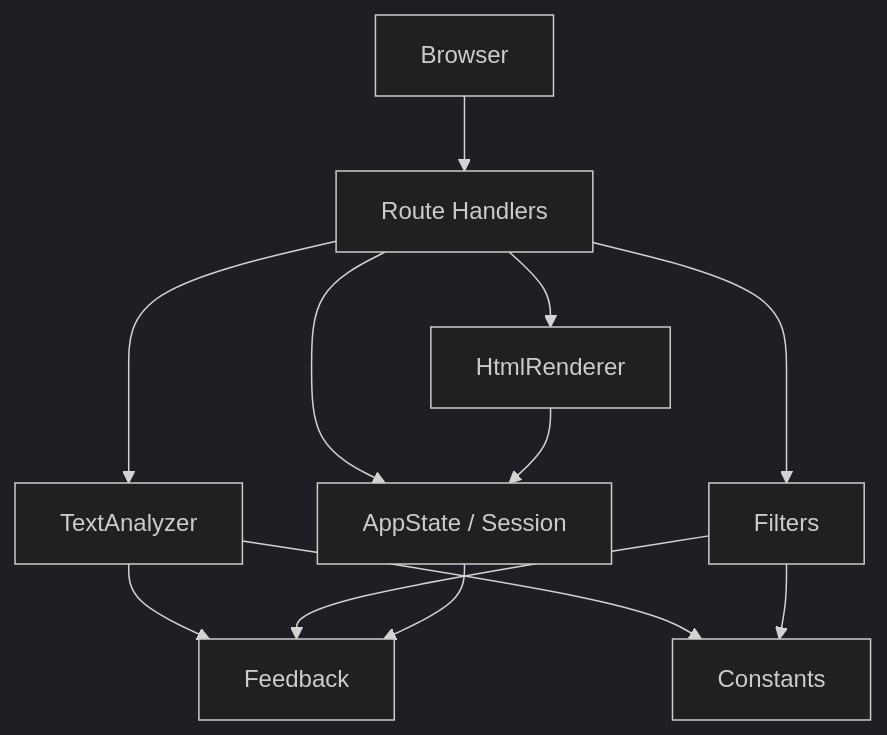
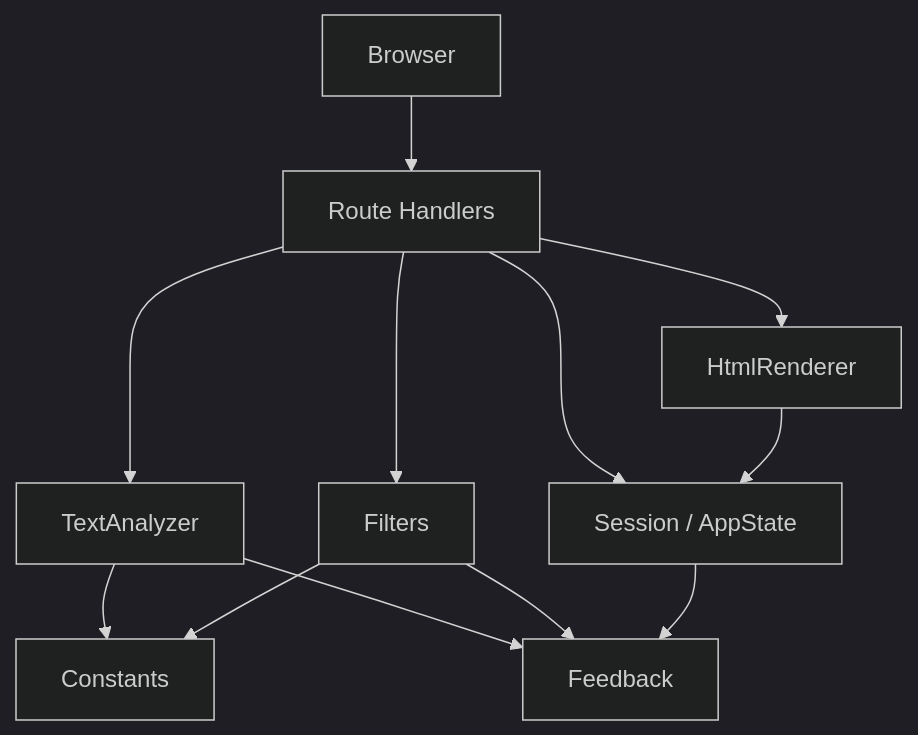
Before and after one commit to jvvoung/FeedbackAnalyzer_12: the second of 2 diagrams in README.md, drawn with Mermaid (dark theme). The commit also changed other lines of this file and 3 other files, not shown here.

````diff
--- a/README.md
+++ b/README.md
@@ -272,23 +275,23 @@
 ```mermaid
 flowchart TB
     Browser["Browser"]
     RH["Route Handlers"]
     HR["HtmlRenderer"]
     TA["TextAnalyzer"]
     F["Filters"]
-    AS["AppState / Session"]
+    AS["Session / AppState"]
     C["Constants"]
     FB["Feedback"]
 
     Browser --> RH
-    RH --> HR
     RH --> TA
     RH --> F
     RH --> AS
+    RH --> HR
     TA --> C
     TA --> FB
     F --> C
     F --> FB
     AS --> FB
     HR --> AS
 ```
````
